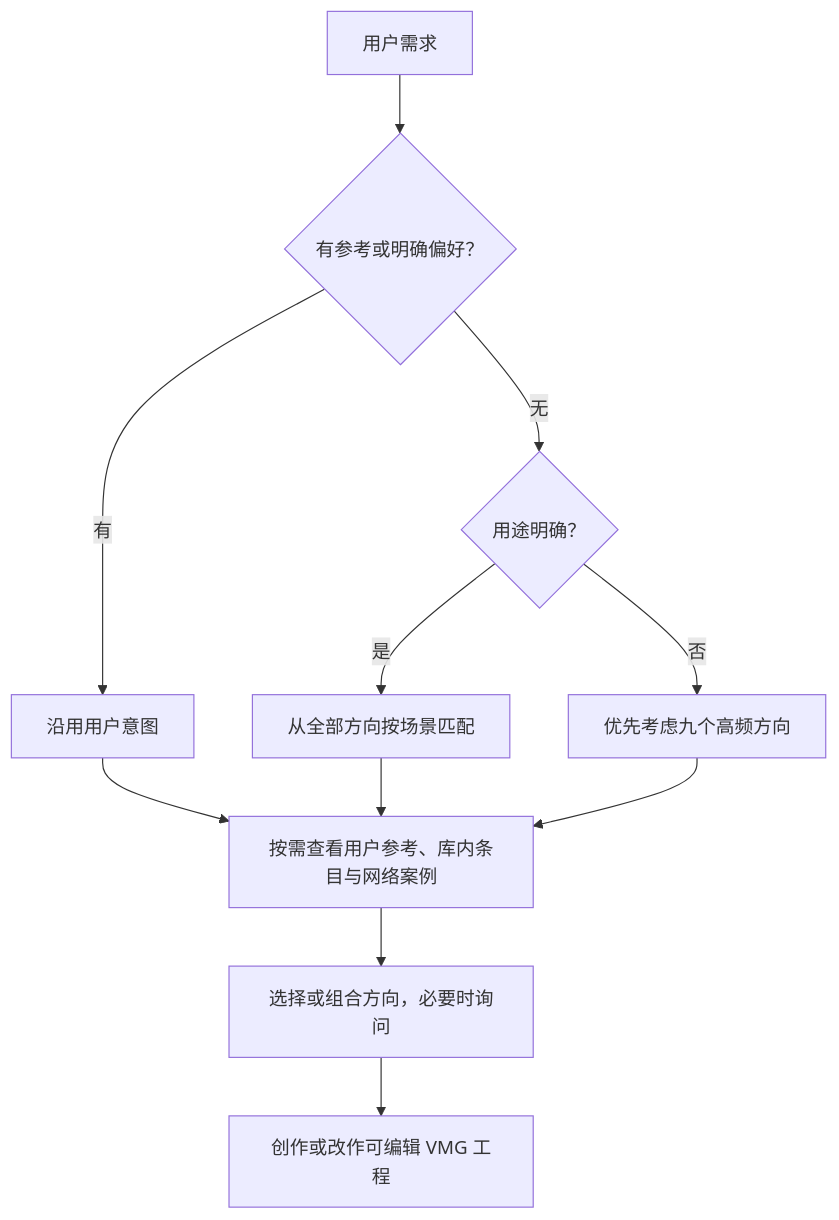
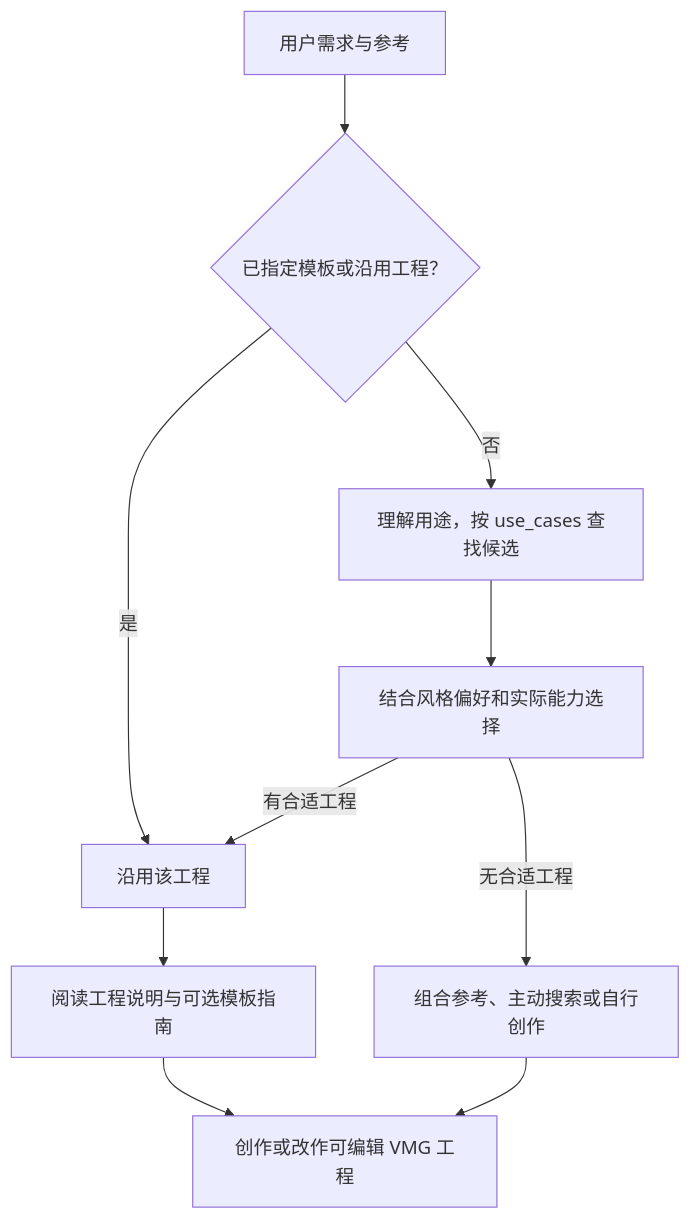
The diagram in authoring.md (VibeMG/awesome-vmg), drawn with Mermaid before and after one commit. The commit also changed other lines of this file and 6 other files, not shown here.

````diff
--- a/authoring.md
+++ b/authoring.md
@@ -5,13 +5,12 @@
 ```mermaid
 flowchart TD
-  A[用户需求] --> B{有参考或明确偏好？}
-  B -->|有| C[沿用用户意图]
-  B -->|无| D{用途明确？}
-  D -->|是| E[从全部方向按场景匹配]
-  D -->|否| F[优先考虑九个高频方向]
-  C --> G[按需查看用户参考、库内条目与网络案例]
-  E --> G
-  F --> G
-  G --> H[选择或组合方向，必要时询问]
-  H --> I[创作或改作可编辑 VMG 工程]
+  A[用户需求与参考] --> B{已指定模板或沿用工程？}
+  B -->|是| C[沿用该工程]
+  B -->|否| D[理解用途，按 use_cases 查找候选]
+  D --> E[结合风格偏好和实际能力选择]
+  E -->|有合适工程| C
+  E -->|无合适工程| F[组合参考、主动搜索或自行创作]
+  C --> G[阅读工程说明与可选模板指南]
+  G --> H[创作或改作可编辑 VMG 工程]
+  F --> H
 ```
````
